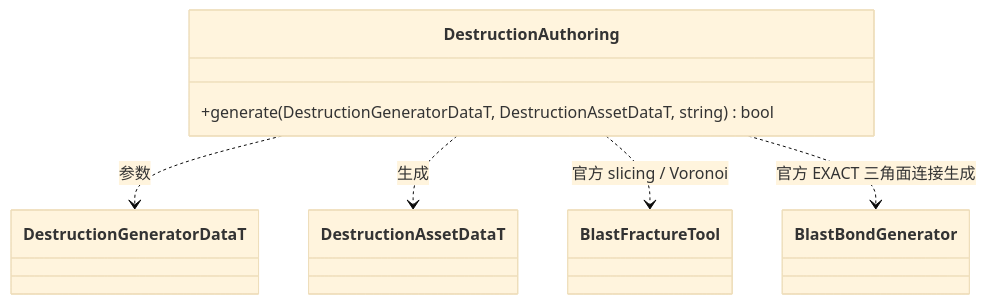
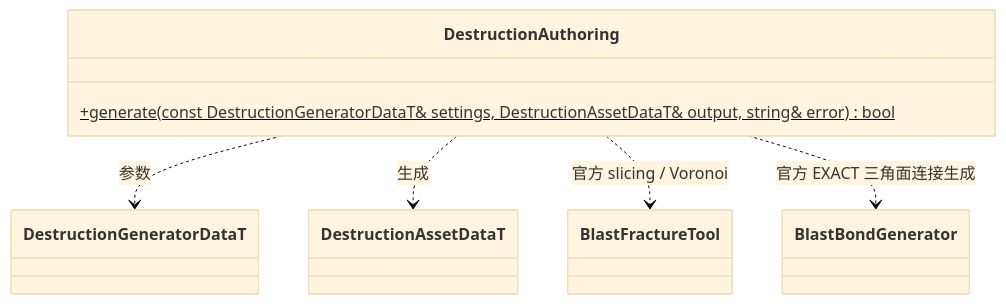
Before and after one commit to lcals/Engine: the diagram in docs/plugins/editor/class-diagrams/destruction-authoring.md, drawn with Mermaid (base theme). The commit also changed 222 other files, not shown here.

Commit message:
Consolidate editor asset imports and align architecture documentation

````diff
--- a/docs/plugins/editor/class-diagrams/destruction-authoring.md
+++ b/docs/plugins/editor/class-diagrams/destruction-authoring.md
@@ -3,14 +3,14 @@
 ```mermaid
 classDiagram
 class DestructionAuthoring {
-  +generate(DestructionGeneratorDataT, DestructionAssetDataT, string) bool
+  +generate(const DestructionGeneratorDataT& settings, DestructionAssetDataT& output, string& error) bool$
 }
 class DestructionGeneratorDataT
 class DestructionAssetDataT
 class BlastFractureTool
 class BlastBondGenerator
 DestructionAuthoring ..> DestructionGeneratorDataT : 参数
 DestructionAuthoring ..> DestructionAssetDataT : 生成
 DestructionAuthoring ..> BlastFractureTool : 官方 slicing / Voronoi
 DestructionAuthoring ..> BlastBondGenerator : 官方 EXACT 三角面连接生成
 ```
````
